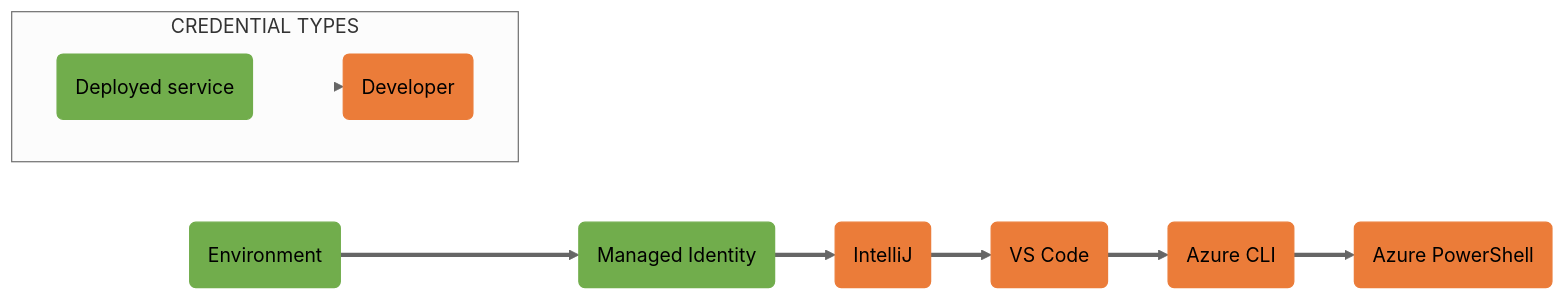
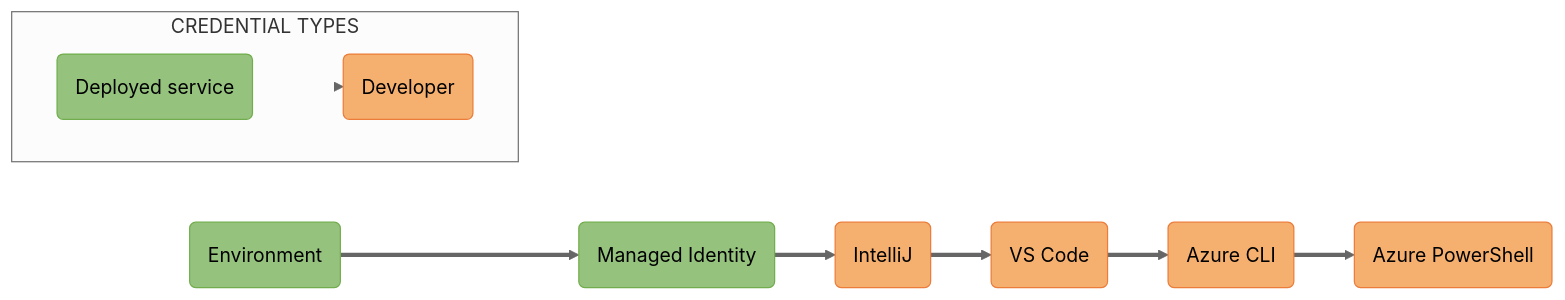
The diagram in sdk/identity/azure-identity/images/mermaidjs/DefaultAzureCredentialAuthFlow.md (Azure/azure-sdk-for-java), drawn with Mermaid (neutral theme) before and after one commit. The commit also changed 1 other file, not shown here.

Commit message:
Adjust contrast

````diff
--- a/sdk/identity/azure-identity/images/mermaidjs/DefaultAzureCredentialAuthFlow.md
+++ b/sdk/identity/azure-identity/images/mermaidjs/DefaultAzureCredentialAuthFlow.md
@@ -1,29 +1,29 @@
 ```mermaid
 %% STEPS TO GENERATE IMAGE
 %% =======================
 %% 1. Install mermaid CLI (see https://github.com/mermaid-js/mermaid-cli/blob/master/README.md)
 %% 2. Run command: mmdc -i DefaultAzureCredentialAuthFlow.md -o DefaultAzureCredentialAuthFlow.svg
 
 flowchart LR;
     A(Environment):::deployed ==> B(Managed Identity):::deployed ==> C(IntelliJ):::developer ==> D(VS Code):::developer ==> E(Azure CLI):::developer ==> F(Azure PowerShell):::developer;
 
     subgraph CREDENTIAL TYPES;
         direction LR;
         Deployed(Deployed service):::deployed ==> Developer(Developer):::developer;
 
         %% Hide links between boxes in the legend by setting width to 0. The integers after "linkStyle" represent link indices.
         linkStyle 5 stroke-width:0px;
     end;
 
     %% Define styles for credential type boxes
-    classDef deployed fill:#71AD4C, stroke:#71AD4C;
-    classDef developer fill:#EB7C39, stroke:#EB7C39;
+    classDef deployed fill:#95C37E, stroke:#71AD4C;
+    classDef developer fill:#F5AF6F, stroke:#EB7C39;
 
     %% Add API ref links to credential type boxes
     click A "https://docs.microsoft.com/java/api/com.azure.identity.environmentcredential?view=azure-java-stable" _blank;
     click B "https://docs.microsoft.com/java/api/com.azure.identity.managedidentitycredential?view=azure-java-stable" _blank;
     click C "https://docs.microsoft.com/java/api/com.azure.identity.intellijcredential?view=azure-java-stable" _blank;
     click D "https://docs.microsoft.com/java/api/com.azure.identity.visualstudiocodecredential?view=azure-java-stable" _blank;
     click E "https://docs.microsoft.com/java/api/com.azure.identity.azureclicredential?view=azure-java-stable" _blank;
     click F "https://docs.microsoft.com/java/api/com.azure.identity.azurepowershellcredential?view=azure-java-stable" _blank;
 ```
````
